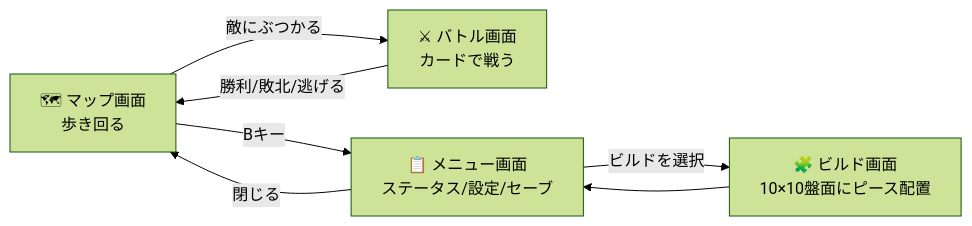
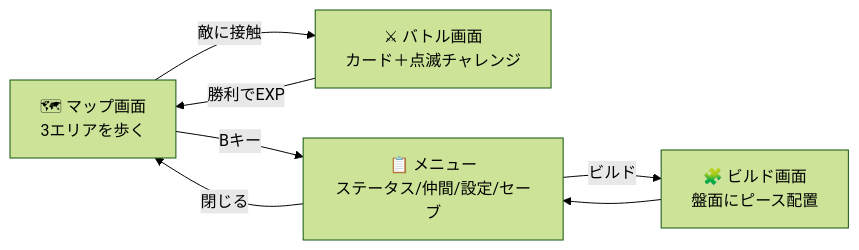
One commit to yoshiki244/mama_game changed the first of 3 diagrams in docs/ソースコード解説.md. Above: the diagram before and after it, drawn with Mermaid (forest theme). The commit also changed other lines of this file and 2 other files, not shown here.

````diff
--- a/docs/ソースコード解説.md
+++ b/docs/ソースコード解説.md
@@ -11,9 +12,9 @@
 ```mermaid
 flowchart LR
-    MAP[🗺 マップ画面<br>歩き回る] -->|敵にぶつかる| BATTLE[⚔ バトル画面<br>カードで戦う]
-    BATTLE -->|勝利/敗北/逃げる| MAP
-    MAP -->|Bキー| MENU[📋 メニュー画面<br>ステータス/設定/セーブ]
-    MENU -->|ビルドを選択| BUILD[🧩 ビルド画面<br>10×10盤面にピース配置]
+    MAP["🗺 マップ画面<br>3エリアを歩く"] -->|敵に接触| BATTLE["⚔ バトル画面<br>カード＋点滅チャレンジ"]
+    BATTLE -->|勝利でEXP| MAP
+    MAP -->|Bキー| MENU["📋 メニュー<br>ステータス/仲間/設定/セーブ"]
+    MENU -->|ビルド| BUILD["🧩 ビルド画面<br>盤面にピース配置"]
     BUILD --> MENU
     MENU -->|閉じる| MAP
 ```
````
